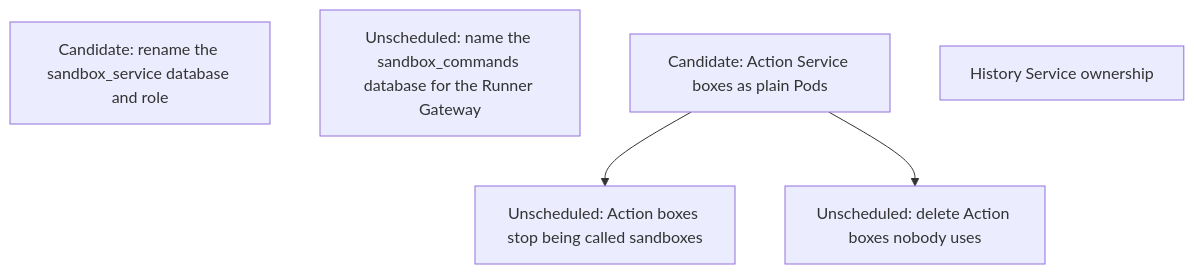
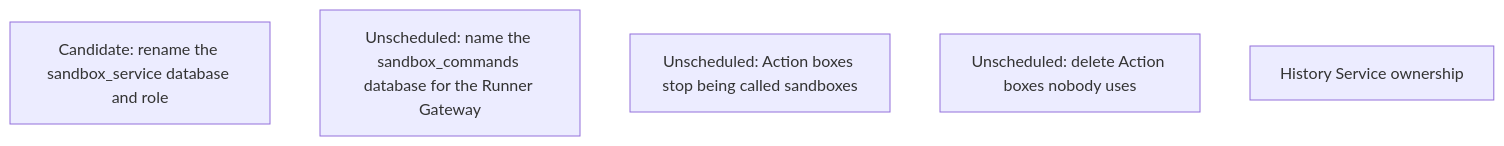
Diagram 12 of 15 in agentplane/plans/task_dag.md (agentydragon-agent/ducktape), drawn with Mermaid before and after one commit. The commit also changed other lines of this file and 32 other files, not shown here.

First line of the commit message:
agentplane/action_service: staging's Action boxes become plain Pods; delete kind `sandbox` (ACTION_SANDBOX_PODS) (#10150)

````diff
--- a/agentplane/plans/task_dag.md
+++ b/agentplane/plans/task_dag.md
@@ -790,9 +788,8 @@
 ```mermaid
 flowchart TD
     HISTORY_DATABASE_RENAME[Candidate: rename the sandbox_service database and role]
     SANDBOX_DATABASE_RENAME[Unscheduled: name the sandbox_commands database for the Runner Gateway]
-    ACTION_SANDBOX_PODS[Candidate: Action Service boxes as plain Pods]
-    ACTION_SANDBOX_PODS --> ACTION_BOX_RENAME[Unscheduled: Action boxes stop being called sandboxes]
-    ACTION_SANDBOX_PODS --> ACTION_BOX_IDLE_REAPER[Unscheduled: delete Action boxes nobody uses]
+    ACTION_BOX_RENAME[Unscheduled: Action boxes stop being called sandboxes]
+    ACTION_BOX_IDLE_REAPER[Unscheduled: delete Action boxes nobody uses]
     HISTORY_SERVICE_OWNERSHIP[History Service ownership]
 ```
````
